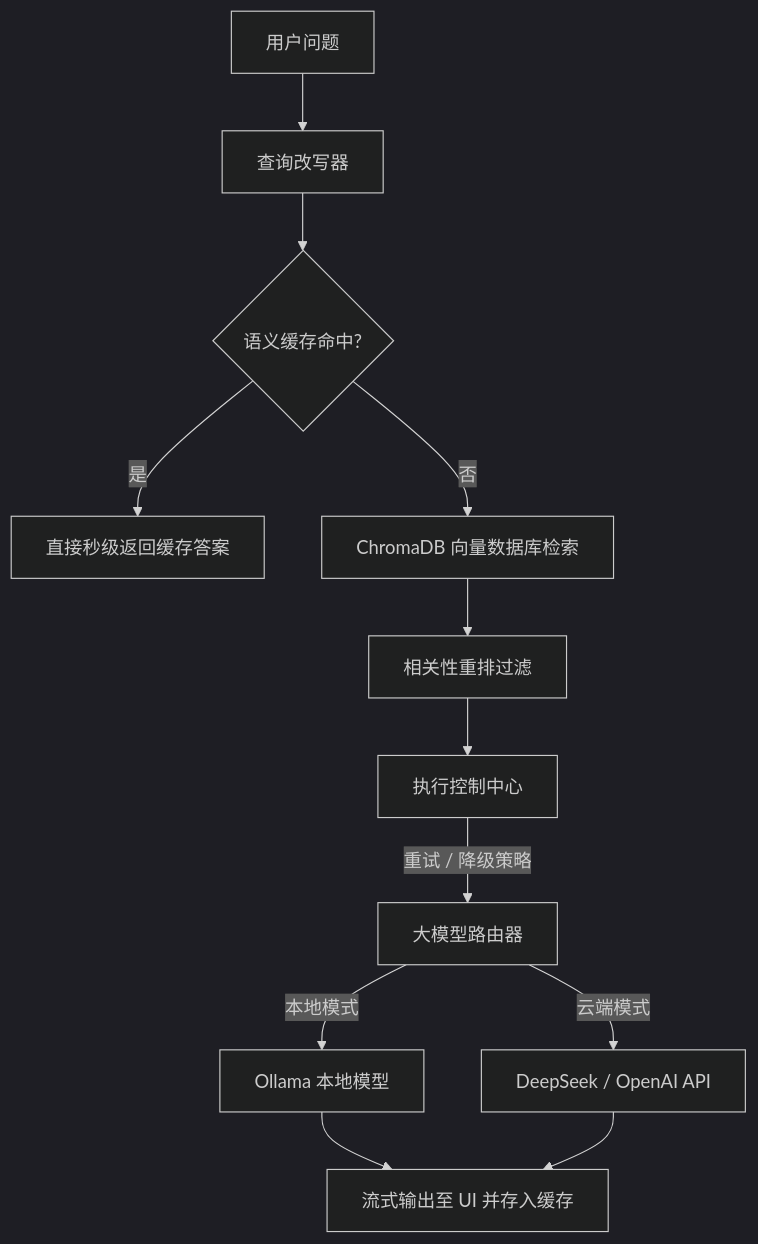
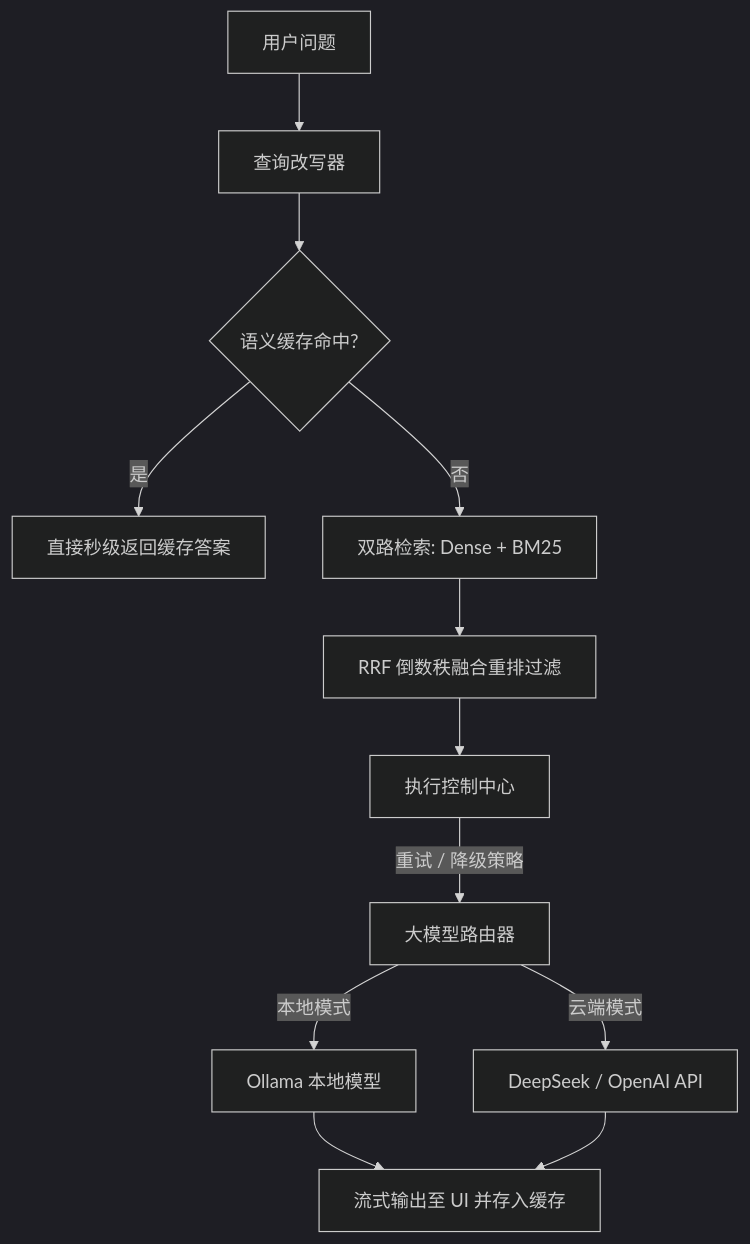
The diagram in projects/rag-app/README_zh.md (Hao610/AI-Model-Atlas), drawn with Mermaid (dark theme) before and after one commit. The commit also changed other lines of this file and 9 other files, not shown here.

````diff
--- a/projects/rag-app/README_zh.md
+++ b/projects/rag-app/README_zh.md
@@ -13,18 +13,18 @@
 ```mermaid
 flowchart TD
     UserQuery[用户问题] --> QueryRewriter[查询改写器]
     QueryRewriter --> SemanticCacheCheck{语义缓存命中?}
     
     SemanticCacheCheck -->|是| InstantReturn[直接秒级返回缓存答案]
-    SemanticCacheCheck -->|否| VectorSearch[ChromaDB 向量数据库检索]
+    SemanticCacheCheck -->|否| VectorSearch[双路检索: Dense + BM25]
     
-    VectorSearch --> Reranker[相关性重排过滤]
+    VectorSearch --> Reranker[RRF 倒数秩融合重排过滤]
     Reranker --> ExecutionController[执行控制中心]
     
     ExecutionController -->|重试 / 降级策略| LLMRouter[大模型路由器]
     LLMRouter -->|本地模式| Ollama[Ollama 本地模型]
     LLMRouter -->|云端模式| CloudAPI[DeepSeek / OpenAI API]
     
     Ollama --> StreamOutput[流式输出至 UI 并存入缓存]
     CloudAPI --> StreamOutput
 ```
````
